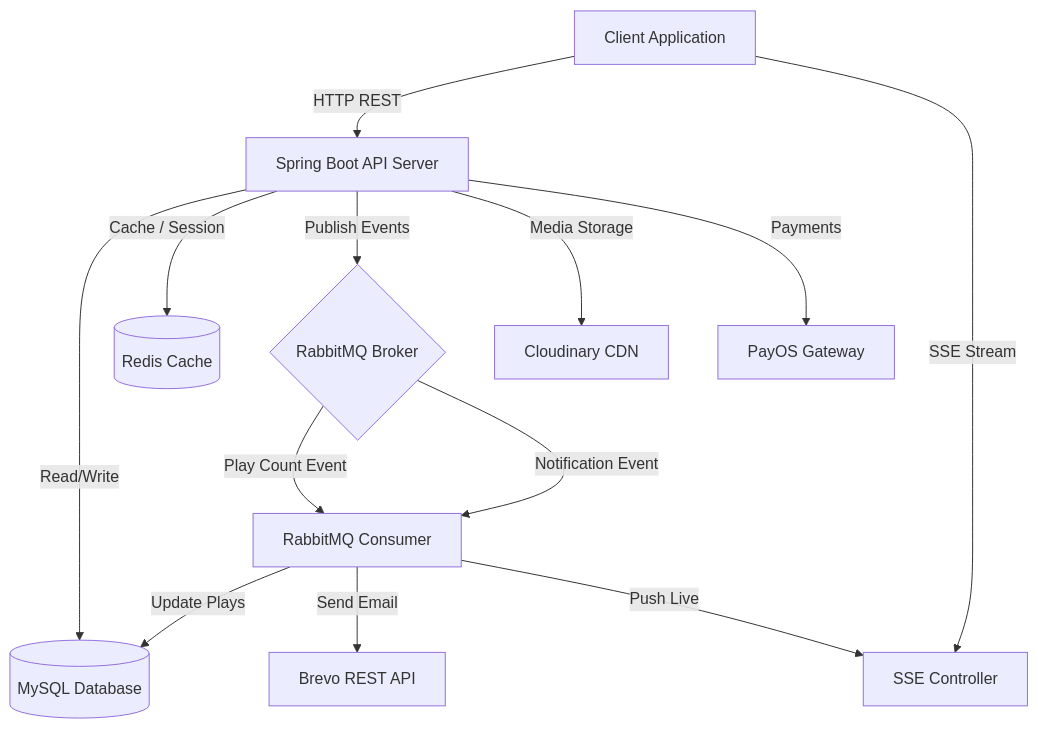
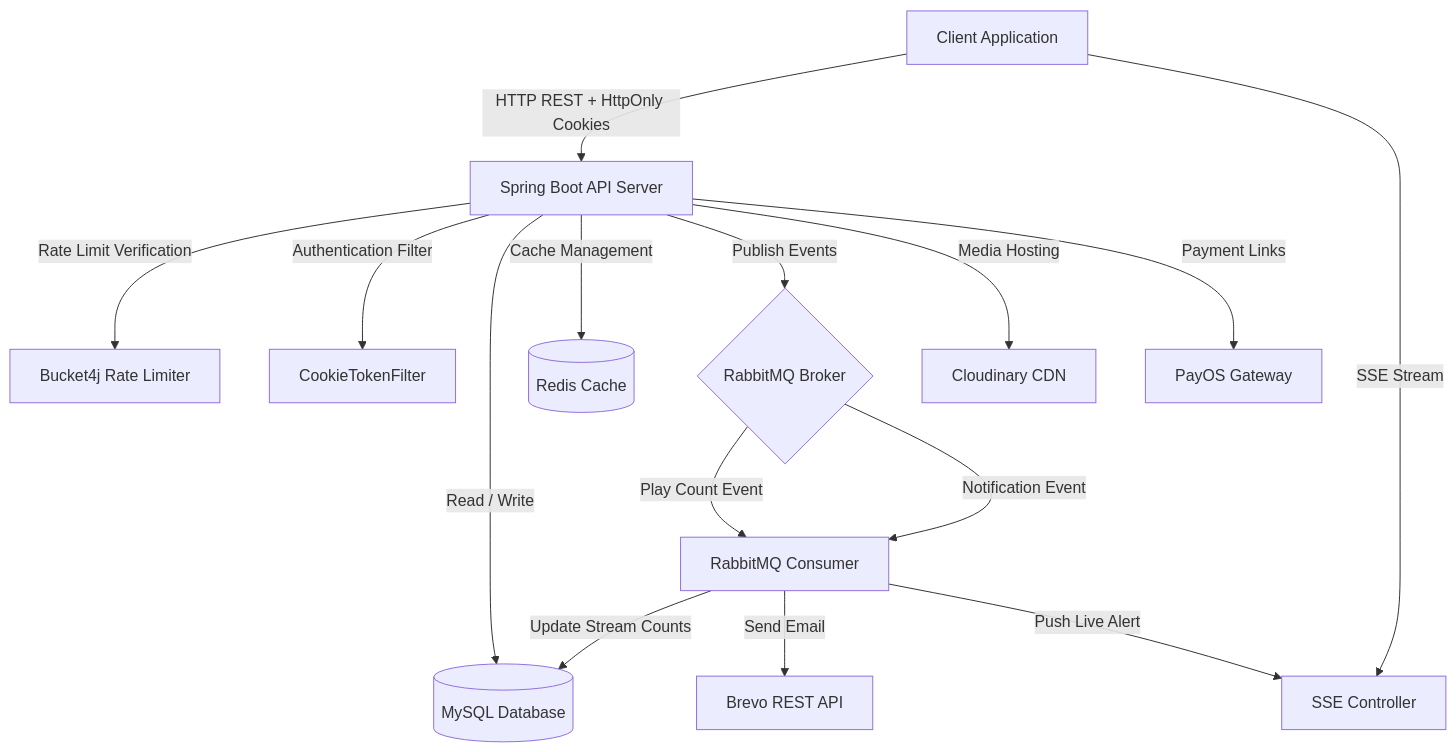
The diagram in README.md (hdhoang03/spotify-clone), drawn with Mermaid before and after one commit. The commit also changed other lines of this file, not shown here.

````diff
--- a/README.md
+++ b/README.md
@@ -12,19 +11,22 @@
 ```mermaid
 graph TD
-    Client[Client Application] -->|HTTP REST| API[Spring Boot API Server]
+    Client[Client Application] -->|HTTP REST + HttpOnly Cookies| API[Spring Boot API Server]
     Client -->|SSE Stream| SSE[SSE Controller]
     
-    API -->|Read/Write| DB[(MySQL Database)]
-    API -->|Cache / Session| Redis[(Redis Cache)]
+    API -->|Rate Limit Verification| RateLimiter[Bucket4j Rate Limiter]
+    API -->|Authentication Filter| CookieFilter[CookieTokenFilter]
+    
+    API -->|Read / Write| DB[(MySQL Database)]
+    API -->|Cache Management| Redis[(Redis Cache)]
     API -->|Publish Events| RabbitMQ{RabbitMQ Broker}
     
     RabbitMQ -->|Play Count Event| Consumer[RabbitMQ Consumer]
     RabbitMQ -->|Notification Event| Consumer
     
-    Consumer -->|Update Plays| DB
+    Consumer -->|Update Stream Counts| DB
     Consumer -->|Send Email| Brevo[Brevo REST API]
-    Consumer -->|Push Live| SSE
+    Consumer -->|Push Live Alert| SSE
     
-    API -->|Media Storage| Cloudinary[Cloudinary CDN]
-    API -->|Payments| PayOS[PayOS Gateway]
+    API -->|Media Hosting| Cloudinary[Cloudinary CDN]
+    API -->|Payment Links| PayOS[PayOS Gateway]
 ```
````
